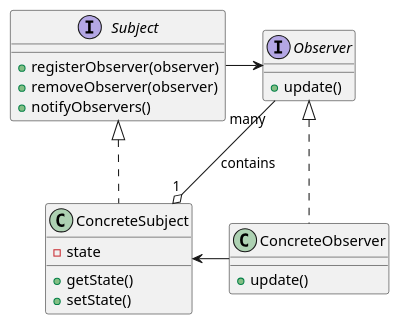
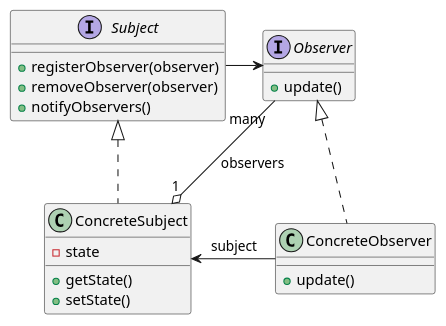
Before and after one commit to Noman5237/DesignPatterns: the diagram in cheatsheets/patterns/observer.md, drawn with PlantUML. The commit also changed other lines of this file and 1 other file, not shown here.

Commit message:
slight update in diagram

````diff
--- a/cheatsheets/patterns/observer.md
+++ b/cheatsheets/patterns/observer.md
@@ -12,30 +12,30 @@
 ```puml
 @startuml
 interface Subject {
   + registerObserver(observer)
   + removeObserver(observer)
   + notifyObservers()
 }
 
 interface Observer {
   + update()
 }
 
 class ConcreteSubject {
   - state
   + getState()
   + setState()
 }
 
 class ConcreteObserver {
   + update()
 }
 
 Subject -> Observer
 Subject <|-[dashed]- ConcreteSubject
 Observer <|-[dashed]- ConcreteObserver
-ConcreteSubject <- ConcreteObserver
-Observer "many" --o "1" ConcreteSubject : contains
+Observer "many" --o "1" ConcreteSubject : observers
+ConcreteSubject <-  ConcreteObserver : subject
 
 @enduml
 ```
````
